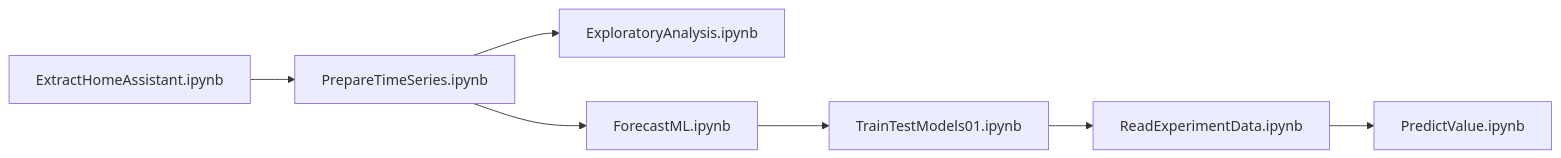
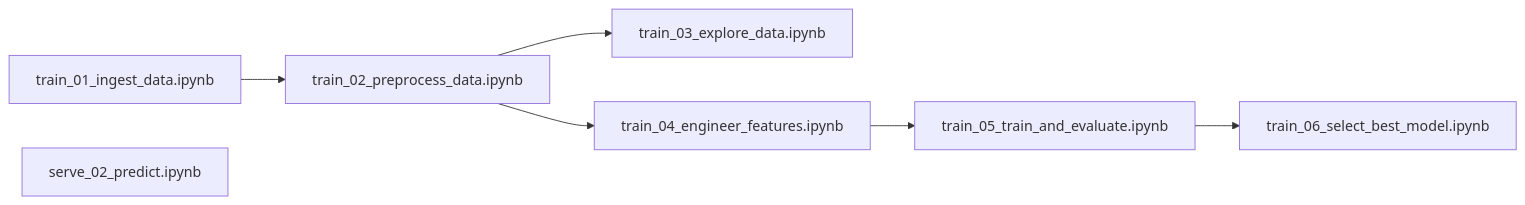
The diagram in README.md (olga-terekhova/home-co2-forecast), drawn with Mermaid before and after one commit. The commit also changed other lines of this file, not shown here.

````diff
--- a/README.md
+++ b/README.md
@@ -24,9 +24,10 @@
 ```mermaid
 flowchart LR;
-    ExtractHomeAssistant.ipynb --> PrepareTimeSeries.ipynb;
-    PrepareTimeSeries.ipynb --> ExploratoryAnalysis.ipynb;
-    PrepareTimeSeries.ipynb --> ForecastML.ipynb;
-    ForecastML.ipynb --> TrainTestModels01.ipynb;
-    TrainTestModels01.ipynb --> ReadExperimentData.ipynb;
-    ReadExperimentData.ipynb --> PredictValue.ipynb;
+    train_01_ingest_data.ipynb --> train_02_preprocess_data.ipynb;
+    train_02_preprocess_data.ipynb --> train_03_explore_data.ipynb;
+    train_02_preprocess_data.ipynb --> train_04_engineer_features.ipynb;
+    train_04_engineer_features.ipynb --> train_05_train_and_evaluate.ipynb;
+    train_05_train_and_evaluate.ipynb --> train_06_select_best_model.ipynb;
+    train_06_select_best_model.ipynb;
+    serve_02_predict.ipynb;
 ```
````
